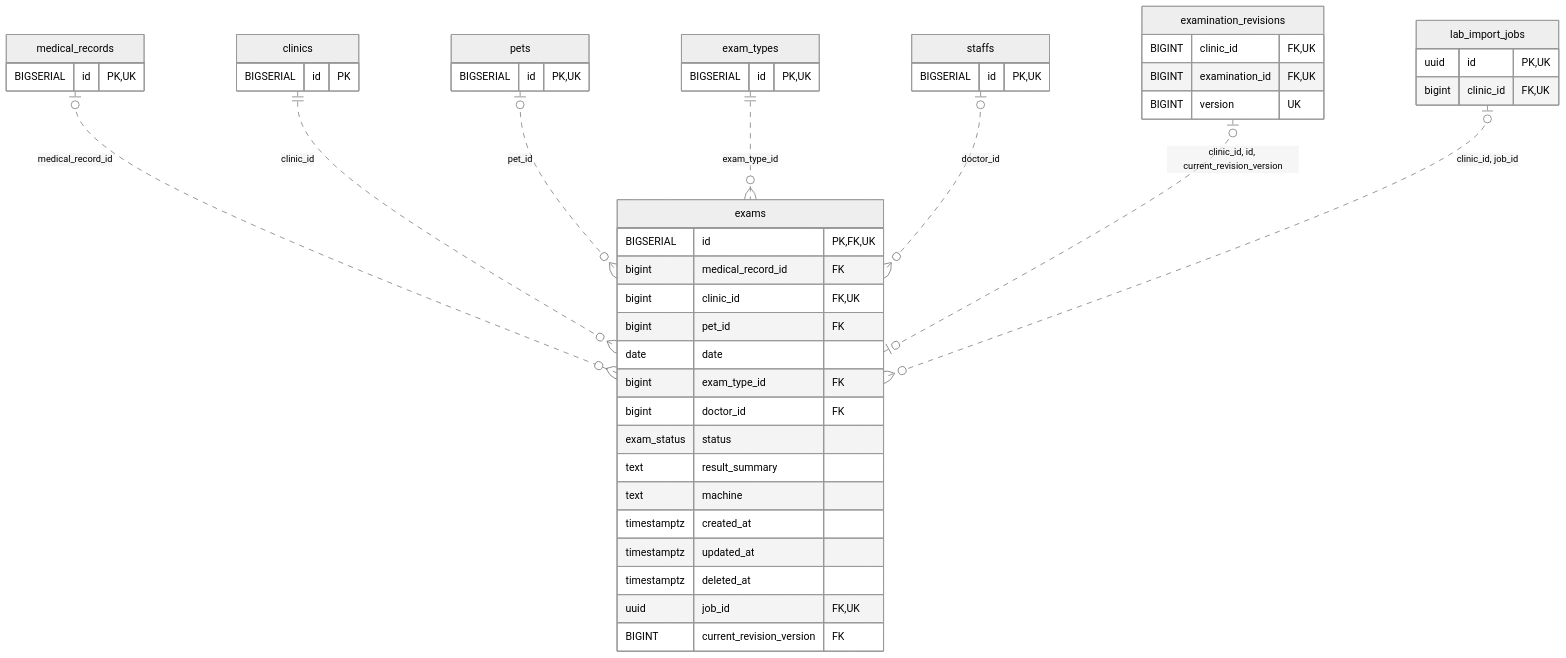
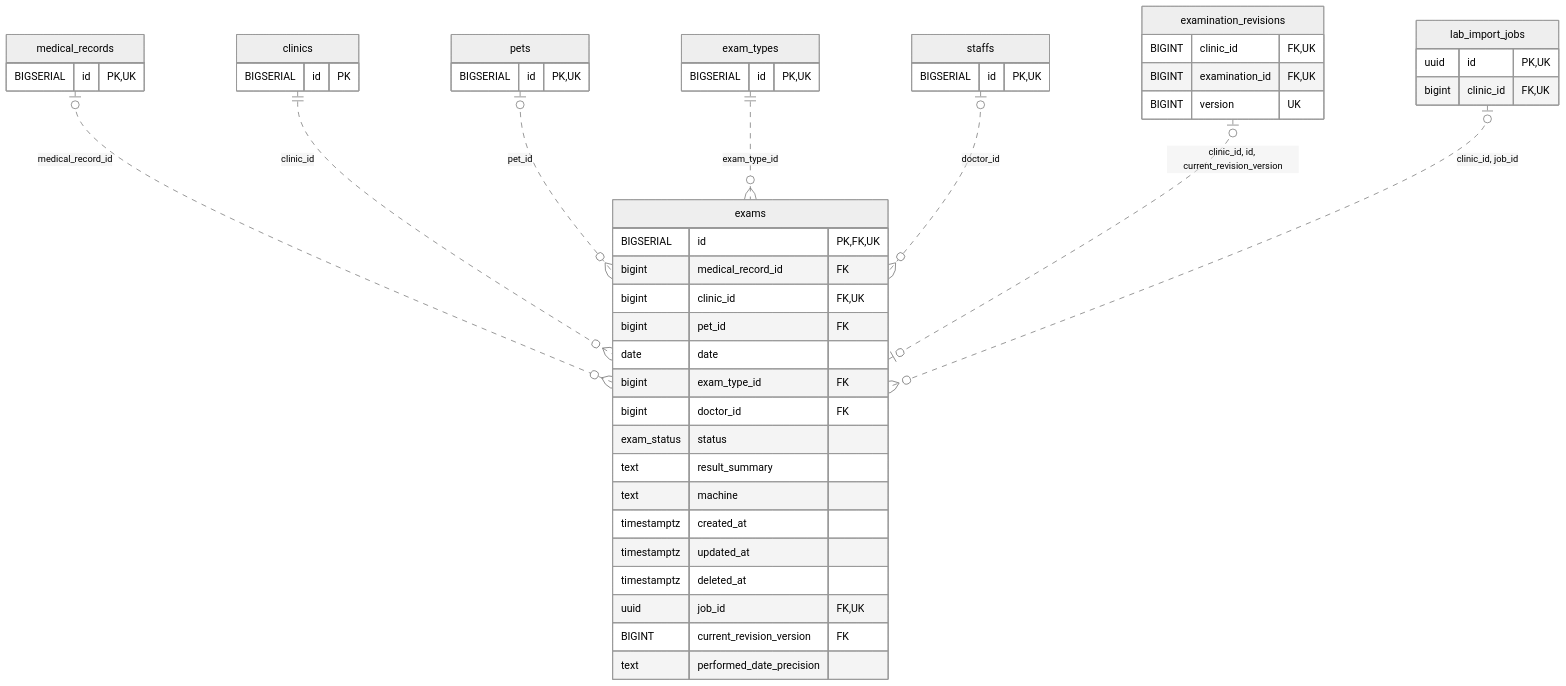
One commit to MinoruSoga/AnimalEkarte changed the diagram in docs/architecture/erd-detail/exams.md. Above: the diagram before and after it, drawn with Mermaid (neutral theme). The commit also changed other lines of this file and 131 other files, not shown here.

````diff
--- a/docs/architecture/erd-detail/exams.md
+++ b/docs/architecture/erd-detail/exams.md
@@ -38,51 +39,52 @@
 ```mermaid
 erDiagram
     exams {
         BIGSERIAL id PK,FK,UK
         bigint medical_record_id FK
         bigint clinic_id FK,UK
         bigint pet_id FK
         date date
         bigint exam_type_id FK
         bigint doctor_id FK
         exam_status status
         text result_summary
         text machine
         timestamptz created_at
         timestamptz updated_at
         timestamptz deleted_at
         uuid job_id FK,UK
         BIGINT current_revision_version FK
+        text performed_date_precision
     }
     clinics {
         BIGSERIAL id PK
     }
     exam_types {
         BIGSERIAL id PK,UK
     }
     examination_revisions {
         BIGINT clinic_id FK,UK
         BIGINT examination_id FK,UK
         BIGINT version UK
     }
     lab_import_jobs {
         uuid id PK,UK
         bigint clinic_id FK,UK
     }
     medical_records {
         BIGSERIAL id PK,UK
     }
     pets {
         BIGSERIAL id PK,UK
     }
     staffs {
         BIGSERIAL id PK,UK
     }
     medical_records o|..o{ exams : "medical_record_id"
     clinics ||..o{ exams : "clinic_id"
     pets o|..o{ exams : "pet_id"
     exam_types ||..o{ exams : "exam_type_id"
     staffs o|..o{ exams : "doctor_id"
     examination_revisions o|..o| exams : "clinic_id, id, current_revision_version"
     lab_import_jobs o|..o{ exams : "clinic_id, job_id"
 ```
````
